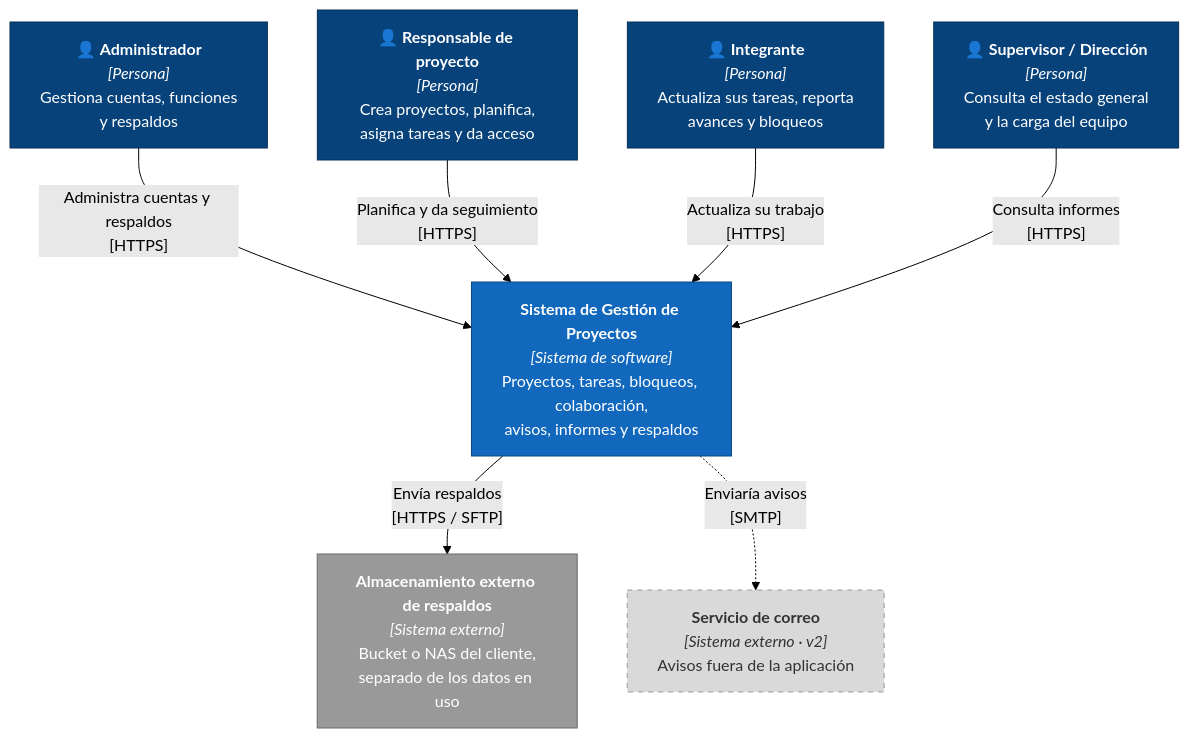
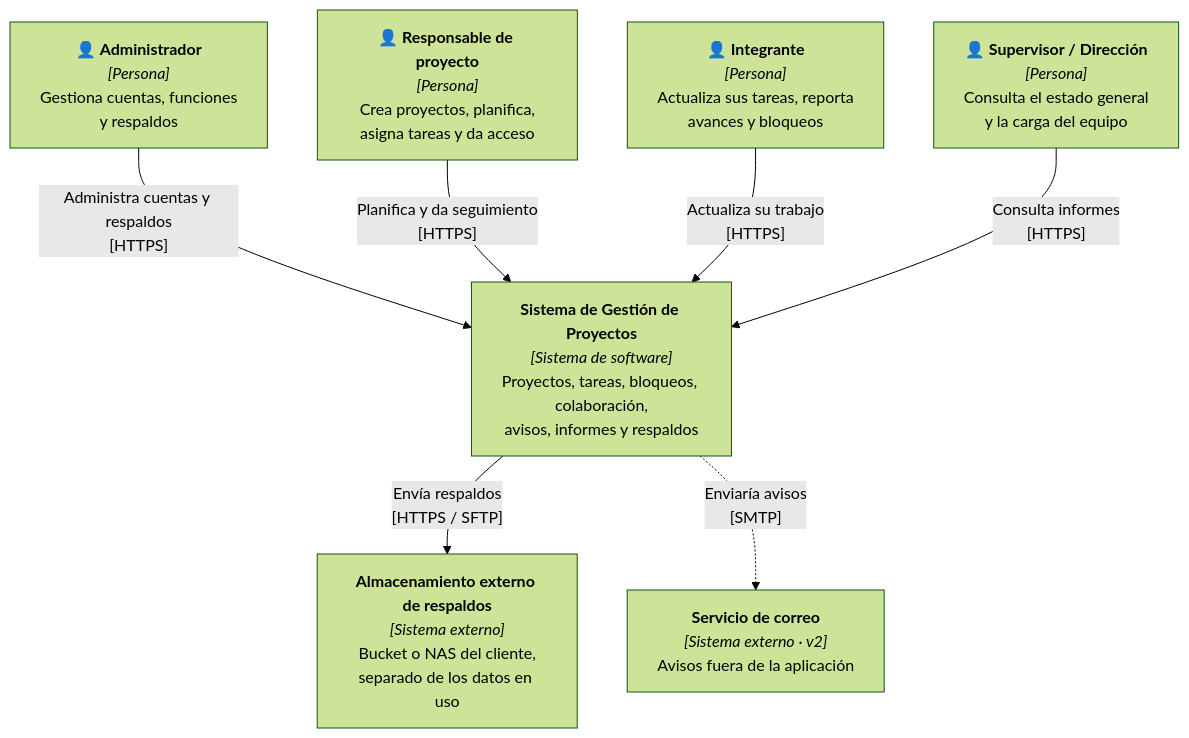
The first of 6 diagrams in docs/Arquitectura_Gestion_Proyectos.md (FabianReyna17/ProjectManagement), drawn with Mermaid (forest theme) before and after one commit. The commit also changed other lines of this file, not shown here.

````diff
--- a/docs/Arquitectura_Gestion_Proyectos.md
+++ b/docs/Arquitectura_Gestion_Proyectos.md
@@ -24,29 +24,20 @@
 ```mermaid
 flowchart TB
     admin["👤 <b>Administrador</b><br/><i>[Persona]</i><br/>Gestiona cuentas, funciones<br/>y respaldos"]
     resp["👤 <b>Responsable de proyecto</b><br/><i>[Persona]</i><br/>Crea proyectos, planifica,<br/>asigna tareas y da acceso"]
     integ["👤 <b>Integrante</b><br/><i>[Persona]</i><br/>Actualiza sus tareas, reporta<br/>avances y bloqueos"]
     sup["👤 <b>Supervisor / Dirección</b><br/><i>[Persona]</i><br/>Consulta el estado general<br/>y la carga del equipo"]
 
     sistema["<b>Sistema de Gestión de Proyectos</b><br/><i>[Sistema de software]</i><br/>Proyectos, tareas, bloqueos, colaboración,<br/>avisos, informes y respaldos"]
 
     backup["<b>Almacenamiento externo de respaldos</b><br/><i>[Sistema externo]</i><br/>Bucket o NAS del cliente,<br/>separado de los datos en uso"]
     correo["<b>Servicio de correo</b><br/><i>[Sistema externo · v2]</i><br/>Avisos fuera de la aplicación"]
 
     admin -- "Administra cuentas y respaldos<br/>[HTTPS]" --> sistema
     resp -- "Planifica y da seguimiento<br/>[HTTPS]" --> sistema
     integ -- "Actualiza su trabajo<br/>[HTTPS]" --> sistema
     sup -- "Consulta informes<br/>[HTTPS]" --> sistema
 
     sistema -- "Envía respaldos<br/>[HTTPS / SFTP]" --> backup
     sistema -. "Enviaría avisos<br/>[SMTP]" .-> correo
-
-    classDef persona fill:#08427b,stroke:#052e56,color:#fff
-    classDef sistema fill:#1168bd,stroke:#0b4884,color:#fff
-    classDef externo fill:#999999,stroke:#6b6b6b,color:#fff
-    classDef futuro fill:#d9d9d9,stroke:#999,color:#333,stroke-dasharray:5 5
-    class admin,resp,integ,sup persona
-    class sistema sistema
-    class backup externo
-    class correo futuro
 ```
````
